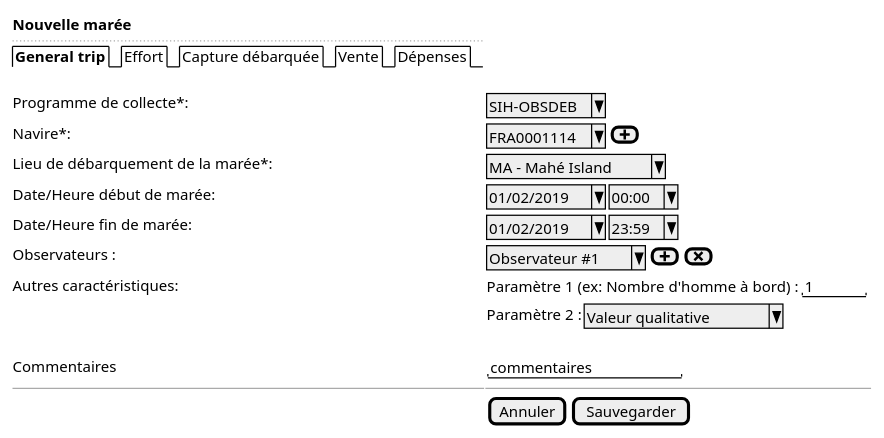
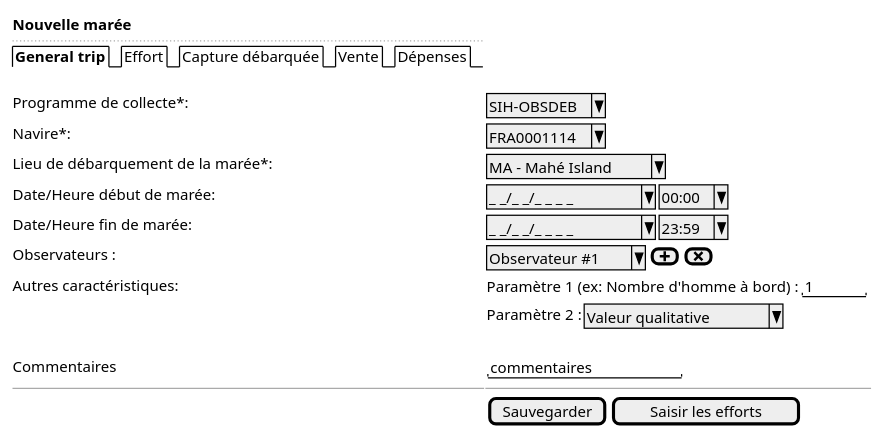
One commit to sumaris-net/sumaris-doc changed the diagram in use-case/collect/trip/landing-ui-new.puml. Above: the diagram before and after it, drawn with PlantUML. The commit also changed 20 other files, not shown here.

```diff
--- a/use-case/collect/trip/landing-ui-new.puml
+++ b/use-case/collect/trip/landing-ui-new.puml
@@ -1,23 +1,23 @@
 @startsalt
 {
   <b>Nouvelle marée
   ..
   {/ <b>General trip | Effort | Capture débarquée | Vente | Dépenses }
   .
   Programme de collecte*:    | { ^SIH-OBSDEB^ }
-  Navire*:                   | { ^FRA0001114^ | [<&plus>] }
+  Navire*:                   | { ^FRA0001114^ }
   Lieu de débarquement de la marée*:     | { ^MA - Mahé Island^ }
-  Date/Heure début de marée:  | { ^01/02/2019^ | ^00:00^ }
-  Date/Heure fin de marée:  | { ^01/02/2019^ | ^23:59^ }
+  Date/Heure début de marée:  | { ^_ _/_ _/_ _ _ _^ | ^00:00^ }
+  Date/Heure fin de marée:  | { ^_ _/_ _/_ _ _ _^ | ^23:59^ }
   Observateurs :            | { ^Observateur #1^ | [<&plus>] | [<&x>]}
   Autres caractéristiques:  | { Paramètre 1 (ex: Nombre d'homme à bord) : | "   1  " }
   .                         | { Paramètre 2 : | ^Valeur qualitative^ }
 
   .
   Commentaires              | { "commentaires       "}
 
   -- | --
 
-  .                          | {[Annuler] | [Sauvegarder]}
+  .                          | {[Sauvegarder] | [Saisir les efforts]}
 }
 @endsalt
```
